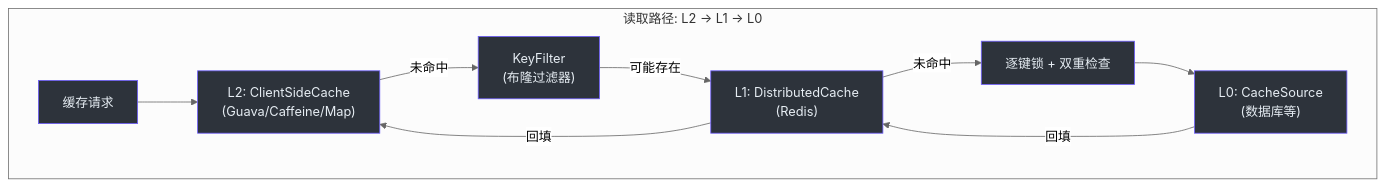
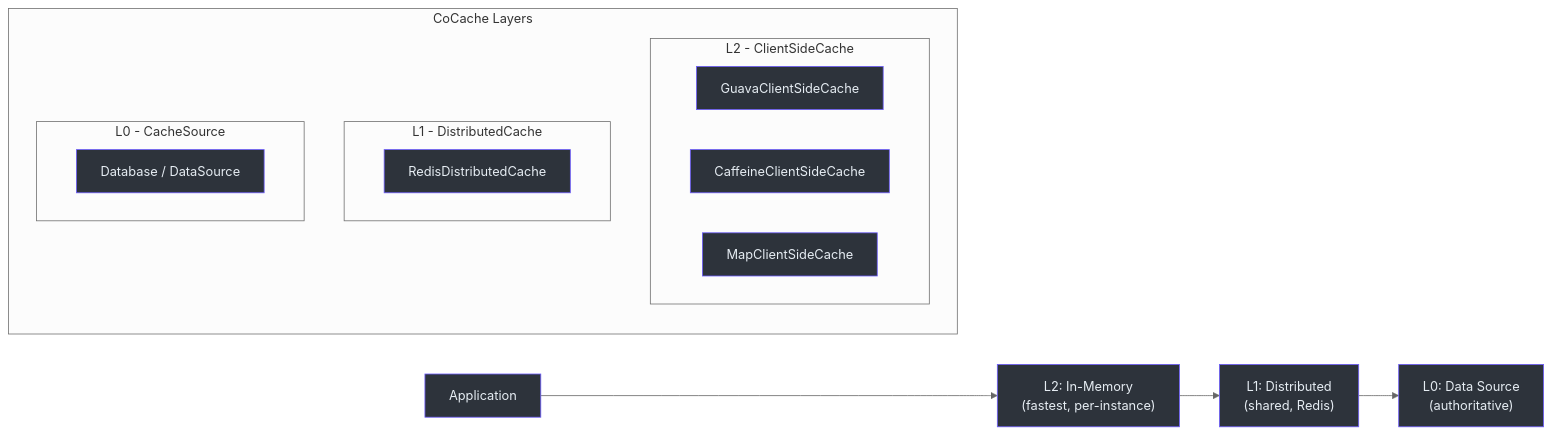
The first of 5 diagrams in wiki/zh/architecture/cache-layers.md (Ahoo-Wang/CoCache), drawn with Mermaid (neutral theme) before and after one commit. The commit also changed other lines of this file and 25 other files, not shown here.

````diff
--- a/wiki/zh/architecture/cache-layers.md
+++ b/wiki/zh/architecture/cache-layers.md
@@ -12,20 +12,41 @@
 ```mermaid
-graph TB
-    subgraph sg_115 ["读取路径: L2 -> L1 -> L0"]
-        Request["缓存请求"] --> L2["L2: ClientSideCache<br>(Guava/Caffeine/Map)"]
-        L2 -->|未命中| KF["KeyFilter<br>(布隆过滤器)"]
-        KF -->|可能存在| L1["L1: DistributedCache<br>(Redis)"]
-        L1 -->|未命中| Lock["逐键锁 + 双重检查"]
-        Lock --> L0["L0: CacheSource<br>(数据库等)"]
+graph LR
+    subgraph sg_1 ["CoCache Layers"]
+
+        subgraph sg_2 ["L2 - ClientSideCache"]
+
+            Guava["GuavaClientSideCache"]
+            Caffeine["CaffeineClientSideCache"]
+            Map["MapClientSideCache"]
+        end
+
+        subgraph sg_3 ["L1 - DistributedCache"]
+
+            Redis["RedisDistributedCache"]
+        end
+
+        subgraph sg_4 ["L0 - CacheSource"]
+
+            DB["Database / DataSource"]
+        end
     end
 
-    L0 -->|回填| L1
-    L1 -->|回填| L2
+    App["Application"] --> L2Label
+    L2Label --> L1Label
+    L1Label --> L0Label
 
-    style Request fill:#2d333b,stroke:#6d5dfc,color:#e6edf3
-    style L2 fill:#2d333b,stroke:#6d5dfc,color:#e6edf3
-    style L1 fill:#2d333b,stroke:#6d5dfc,color:#e6edf3
-    style L0 fill:#2d333b,stroke:#6d5dfc,color:#e6edf3
-    style KF fill:#2d333b,stroke:#6d5dfc,color:#e6edf3
-    style Lock fill:#2d333b,stroke:#6d5dfc,color:#e6edf3
+    L2Label["L2: In-Memory<br>(fastest, per-instance)"]
+    L1Label["L1: Distributed<br>(shared, Redis)"]
+    L0Label["L0: Data Source<br>(authoritative)"]
+
+    style App fill:#2d333b,stroke:#6d5dfc,color:#e6edf3
+    style L2Label fill:#2d333b,stroke:#6d5dfc,color:#e6edf3
+    style L1Label fill:#2d333b,stroke:#6d5dfc,color:#e6edf3
+    style L0Label fill:#2d333b,stroke:#6d5dfc,color:#e6edf3
+    style Guava fill:#2d333b,stroke:#6d5dfc,color:#e6edf3
+    style Caffeine fill:#2d333b,stroke:#6d5dfc,color:#e6edf3
+    style Map fill:#2d333b,stroke:#6d5dfc,color:#e6edf3
+    style Redis fill:#2d333b,stroke:#6d5dfc,color:#e6edf3
+    style DB fill:#2d333b,stroke:#6d5dfc,color:#e6edf3
+
 ```
````
